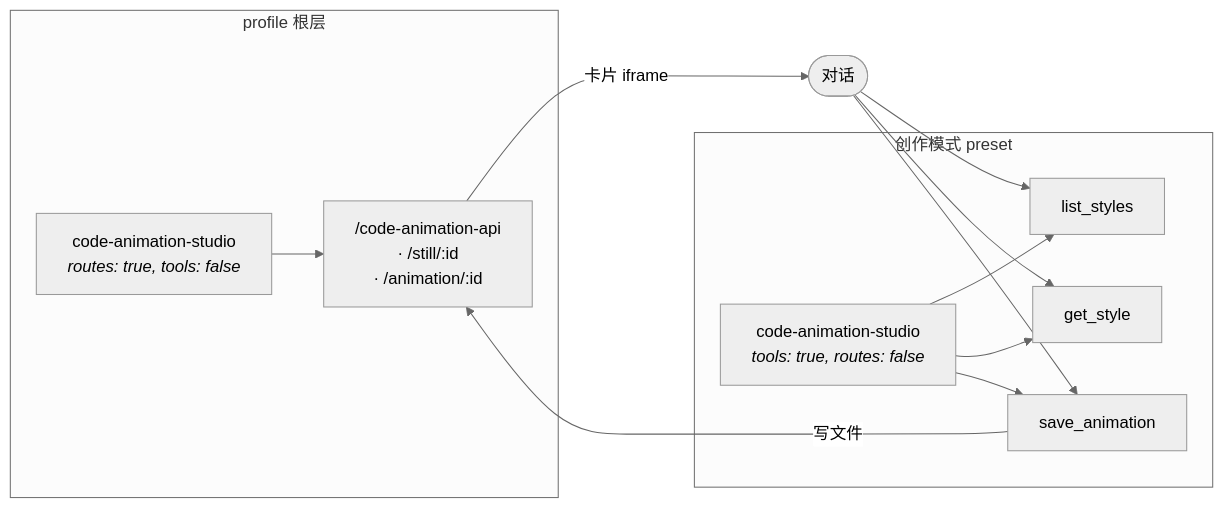
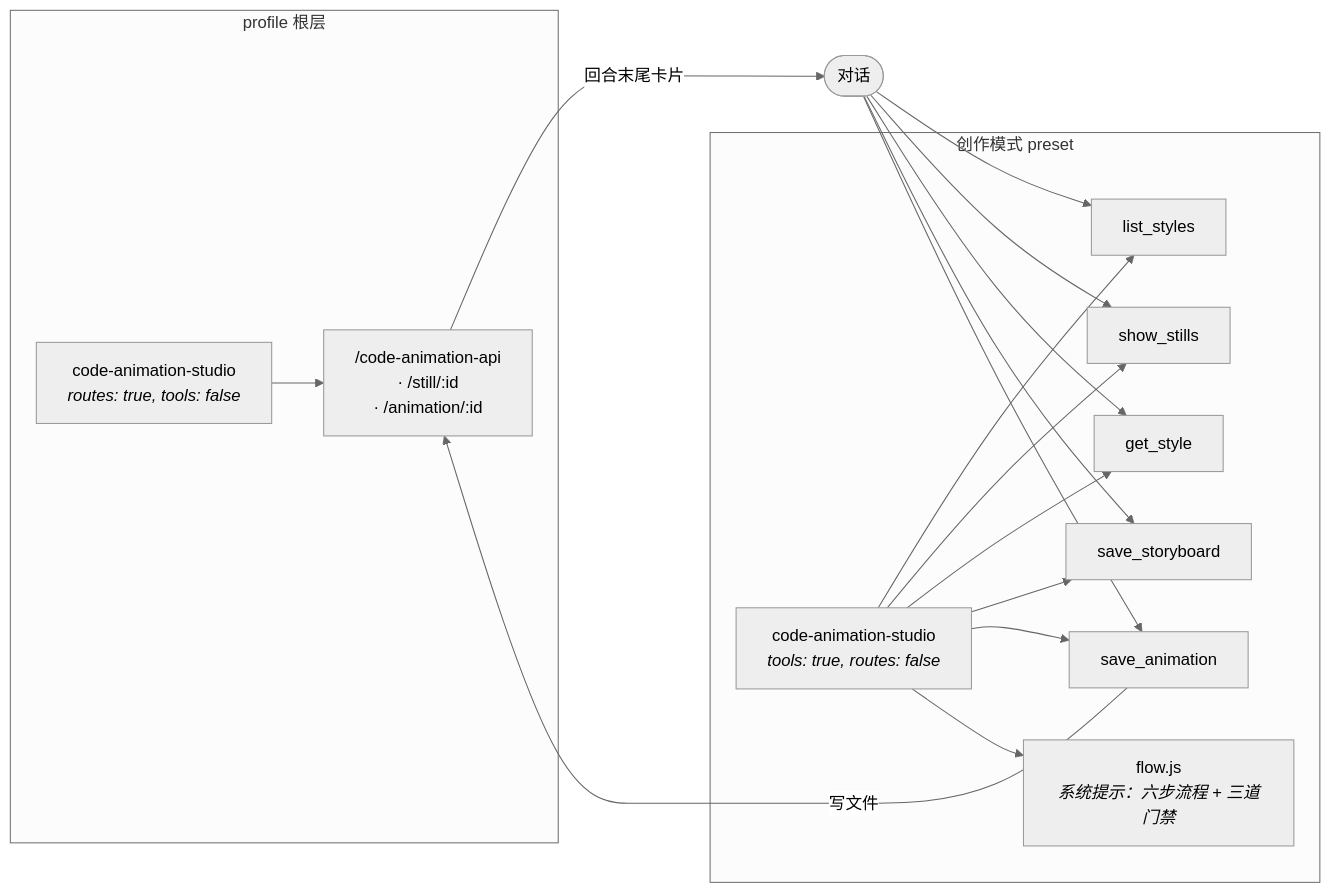
The second of 2 diagrams in README.md (wyf-yfw/dsh-code-animation), drawn with Mermaid (neutral theme) before and after one commit. The commit also changed other lines of this file and 6 other files, not shown here.

````diff
--- a/README.md
+++ b/README.md
@@ -195,16 +272,19 @@
 ```mermaid
 flowchart LR
     subgraph P["profile 根层"]
         R["code-animation-studio<br/><i>routes: true, tools: false</i>"]
         R --> RT["/code-animation-api<br/>· /still/:id<br/>· /animation/:id"]
     end
     subgraph M["创作模式 preset"]
         S["code-animation-studio<br/><i>tools: true, routes: false</i>"]
         S --> T1[list_styles]
-        S --> T2[get_style]
-        S --> T3[save_animation]
+        S --> T2[show_stills]
+        S --> T3[get_style]
+        S --> T4[save_storyboard]
+        S --> T5[save_animation]
+        S --> FP["flow.js<br/><i>系统提示：六步流程 + 三道门禁</i>"]
     end
-    U([对话]) --> T1 & T2 & T3
-    T3 -->|写文件| RT
-    RT -->|卡片 iframe| U
+    U([对话]) --> T1 & T2 & T3 & T4 & T5
+    T5 -->|写文件| RT
+    RT -->|回合末尾卡片| U
 ```
````
